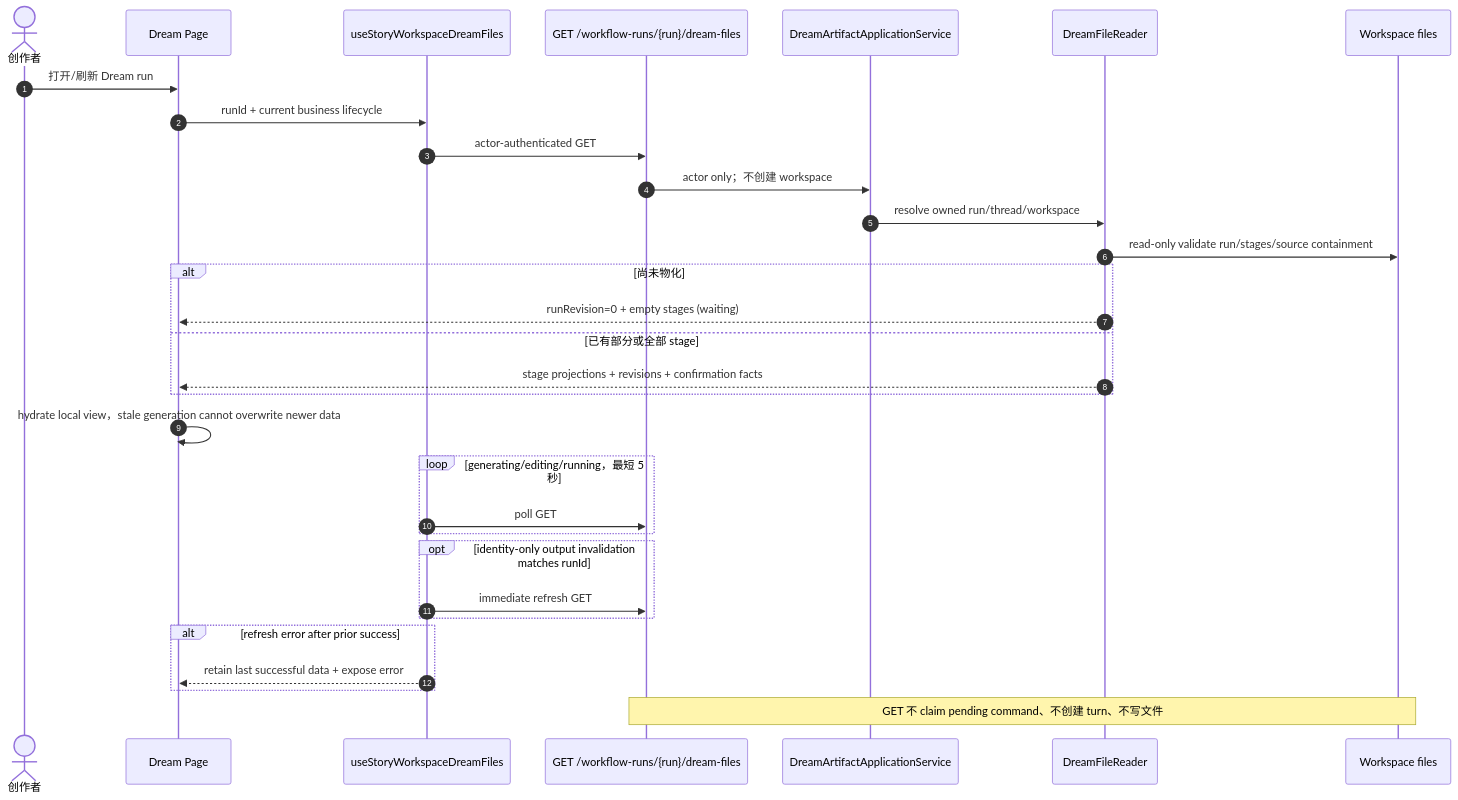
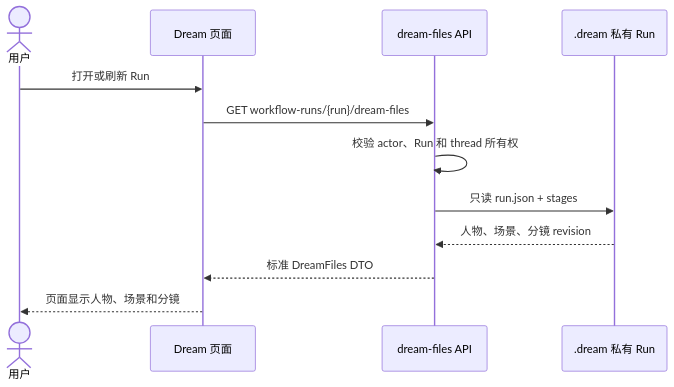
One commit to glide-the/im-dream changed the fourth of 6 diagrams in docs/design/dream-agent/business-interaction-design.md. Above: the diagram before and after it, drawn with Mermaid. The commit also changed other lines of this file and 26 other files, not shown here.

````diff
--- a/docs/design/dream-agent/business-interaction-design.md
+++ b/docs/design/dream-agent/business-interaction-design.md
@@ -274,34 +80,15 @@
 ```mermaid
 sequenceDiagram
-    autonumber
-    actor User as 创作者
-    participant Page as Dream Page
-    participant Hook as useStoryWorkspaceDreamFiles
-    participant API as GET /workflow-runs/{run}/dream-files
-    participant Artifact as DreamArtifactApplicationService
-    participant Reader as DreamFileReader
-    participant Files as Workspace files
+    actor U as 用户
+    participant D as Dream 页面
+    participant API as dream-files API
+    participant P as .dream 私有 Run
 
-    User->>Page: 打开/刷新 Dream run
-    Page->>Hook: runId + current business lifecycle
-    Hook->>API: actor-authenticated GET
-    API->>Artifact: actor only；不创建 workspace
-    Artifact->>Reader: resolve owned run/thread/workspace
-    Reader->>Files: read-only validate run/stages/source containment
-    alt 尚未物化
-        Reader-->>Page: runRevision=0 + empty stages (waiting)
-    else 已有部分或全部 stage
-        Reader-->>Page: stage projections + revisions + confirmation facts
-    end
-    Page->>Page: hydrate local view，stale generation cannot overwrite newer data
-    loop generating/editing/running，最短 5 秒
-        Hook->>API: poll GET
-    end
-    opt identity-only output invalidation matches runId
-        Hook->>API: immediate refresh GET
-    end
-    alt refresh error after prior success
-        Hook-->>Page: retain last successful data + expose error
-    end
-    Note over API,Files: GET 不 claim pending command、不创建 turn、不写文件
+    U->>D: 打开或刷新 Run
+    D->>API: GET workflow-runs/{run}/dream-files
+    API->>API: 校验 actor、Run 和 thread 所有权
+    API->>P: 只读 run.json + stages
+    P-->>API: 人物、场景、分镜 revision
+    API-->>D: 标准 DreamFiles DTO
+    D-->>U: 页面显示人物、场景和分镜
 ```
````
